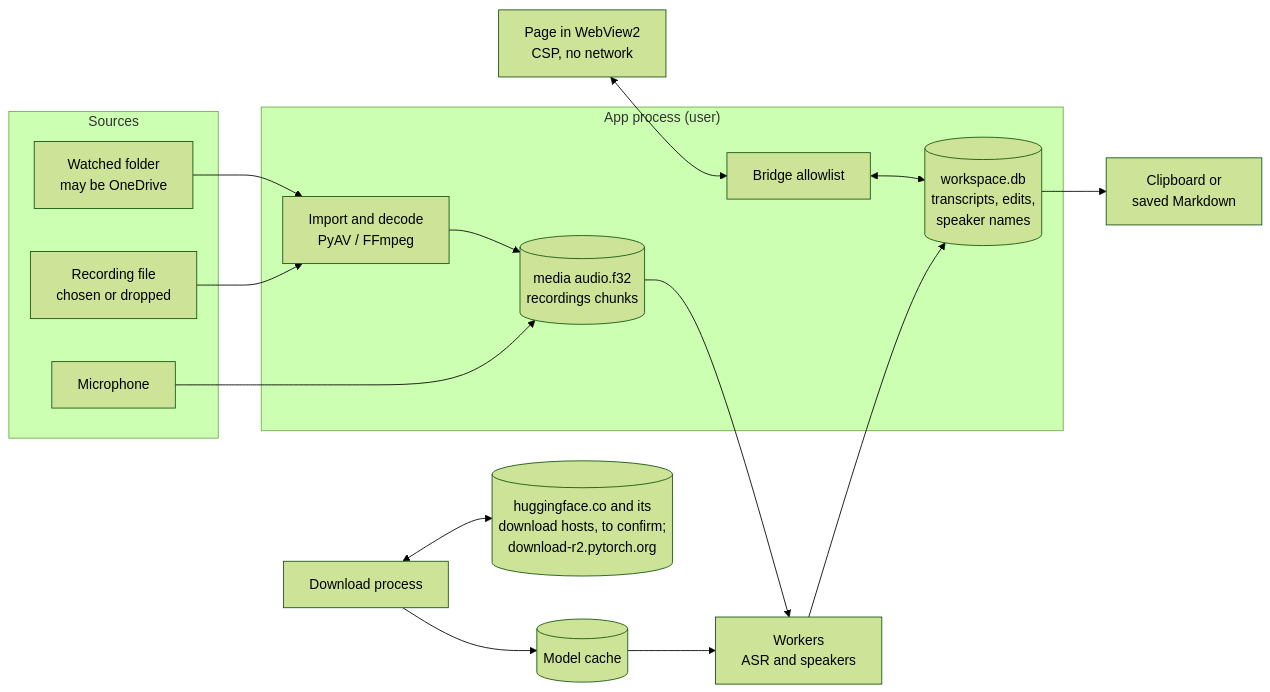
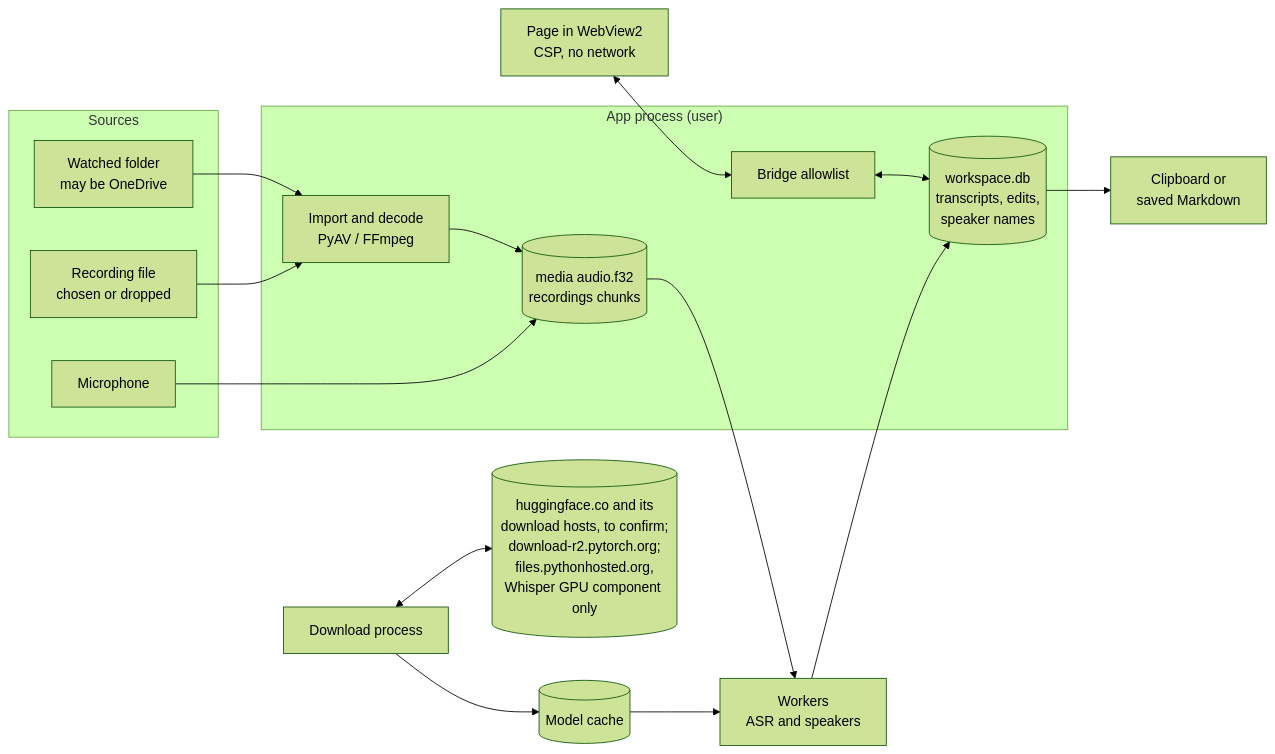
One commit to thatskiff33/unminute changed the diagram in docs/SECURITY_MODEL.md. Above: the diagram before and after it, drawn with Mermaid (forest theme). The commit also changed other lines of this file and 25 other files, not shown here.

First line of the commit message:
Whisper on an NVIDIA graphics card: optional CUDA 12 cuBLAS component (#248) (#263)

````diff
--- a/docs/SECURITY_MODEL.md
+++ b/docs/SECURITY_MODEL.md
@@ -49,33 +49,33 @@
 ```mermaid
 flowchart LR
   subgraph Sources
     F[Recording file<br/>chosen or dropped]
     W[Watched folder<br/>may be OneDrive]
     M[Microphone]
   end
   subgraph App["App process (user)"]
     I[Import and decode<br/>PyAV / FFmpeg]
     S[(workspace.db<br/>transcripts, edits,<br/>speaker names)]
     A[(media audio.f32<br/>recordings chunks)]
     B[Bridge allowlist]
   end
   P[Page in WebView2<br/>CSP, no network]
   K[Workers<br/>ASR and speakers]
   D[Download process]
-  HF[(huggingface.co and its<br/>download hosts, to confirm;<br/>download-r2.pytorch.org)]
+  HF[(huggingface.co and its<br/>download hosts, to confirm;<br/>download-r2.pytorch.org;<br/>files.pythonhosted.org,<br/>Whisper GPU component only)]
   MC[(Model cache)]
   O[Clipboard or<br/>saved Markdown]
 
   F --> I
   W --> I
   M --> A
   I --> A
   A --> K
   K --> S
   MC --> K
   P <--> B
   B <--> S
   S --> O
   D <--> HF
   D --> MC
 ```
````
